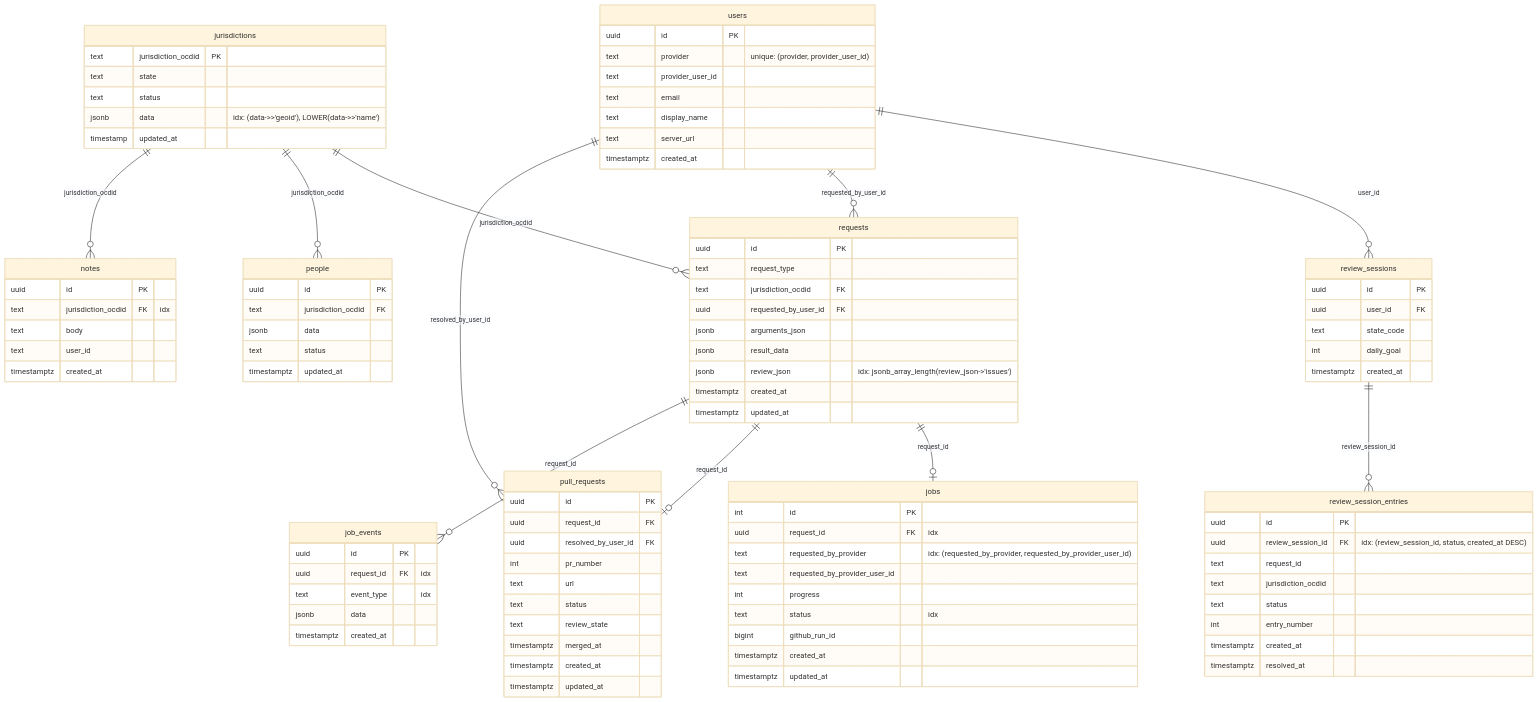
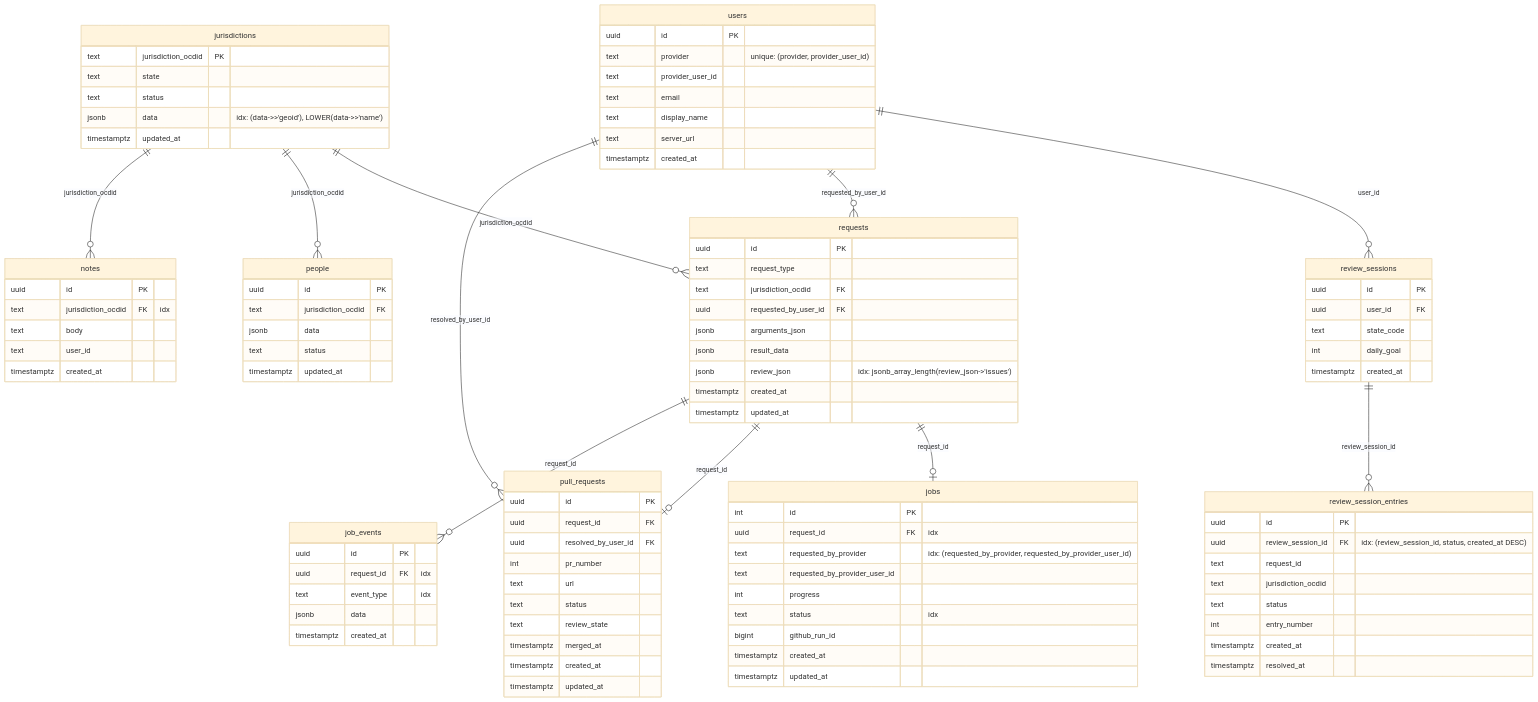
Before and after one commit to CivicPatch/civicpatch-tools: the diagram in civicpatch.org/DATABASE.md, drawn with Mermaid (base theme). The commit also changed 2 other files, not shown here.

Commit message:
Change jurisdiction timestamp -> timestamptz on updated_at

```diff
--- a/civicpatch.org/DATABASE.md
+++ b/civicpatch.org/DATABASE.md
@@ -20,7 +20,7 @@
         text state
         text status
         jsonb data "idx: (data->>'geoid'), LOWER(data->>'name')"
-        timestamp updated_at
+        timestamptz updated_at
     }
 
     requests {
```
